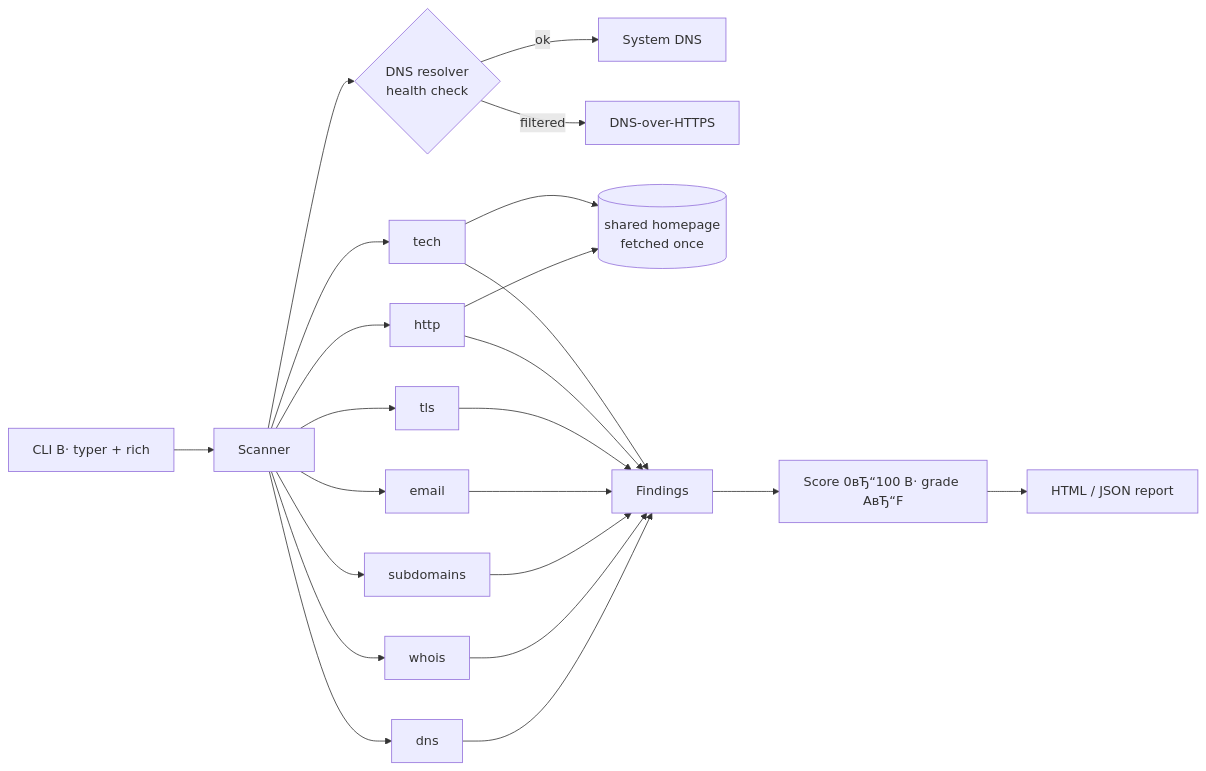
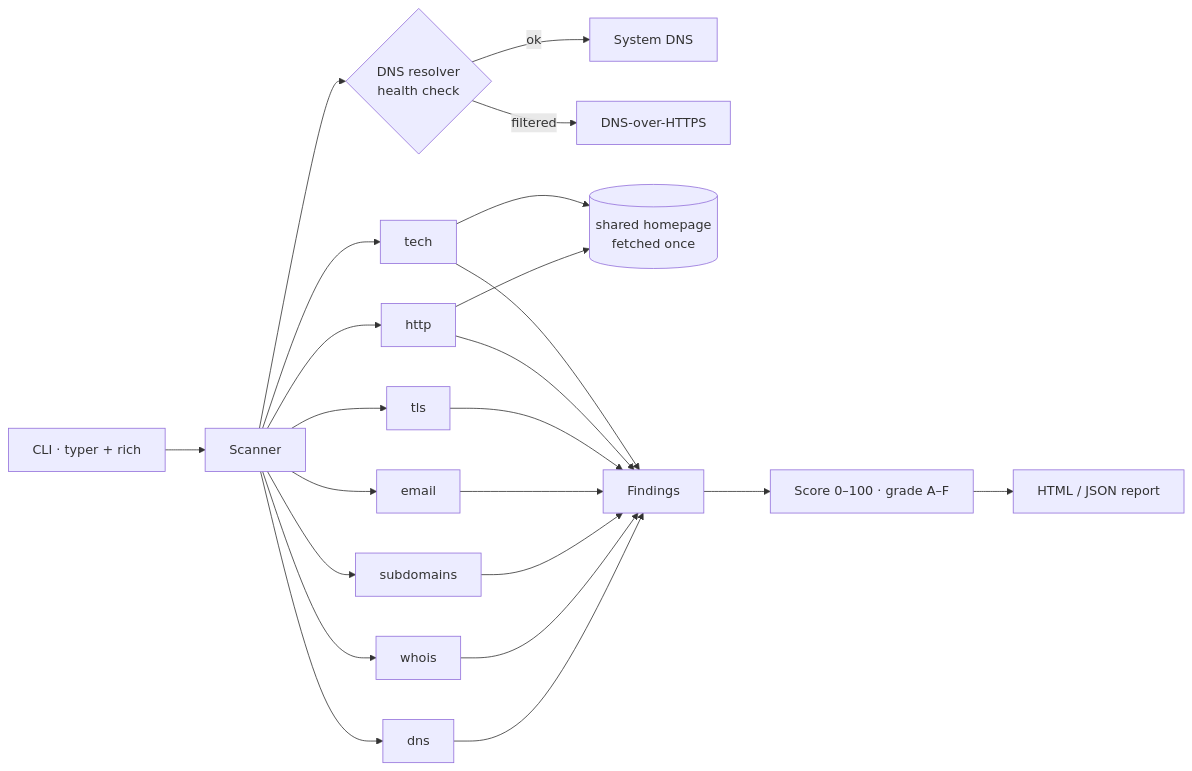
Before and after one commit to marsilid/reconlens: the diagram in README.md, drawn with Mermaid. The commit also changed other lines of this file and 1 other file, not shown here.

````diff
--- a/README.md
+++ b/README.md
@@ -123,12 +123,12 @@
 ```mermaid
 flowchart LR
-    CLI[CLI В· typer + rich] --> S[Scanner]
+    CLI[CLI · typer + rich] --> S[Scanner]
     S --> R{DNS resolver<br/>health check}
     R -->|ok| SYS[System DNS]
     R -->|filtered| DOH[DNS-over-HTTPS]
     S --> M1[dns] & M2[whois] & M3[subdomains] & M4[email] & M5[tls] & M6[http] & M7[tech]
     M6 & M7 --> HP[(shared homepage<br/>fetched once)]
     M1 & M2 & M3 & M4 & M5 & M6 & M7 --> F[Findings]
-    F --> SC[Score 0вЂ“100 В· grade AвЂ“F]
+    F --> SC[Score 0–100 · grade A–F]
     SC --> OUT[HTML / JSON report]
 ```
````
